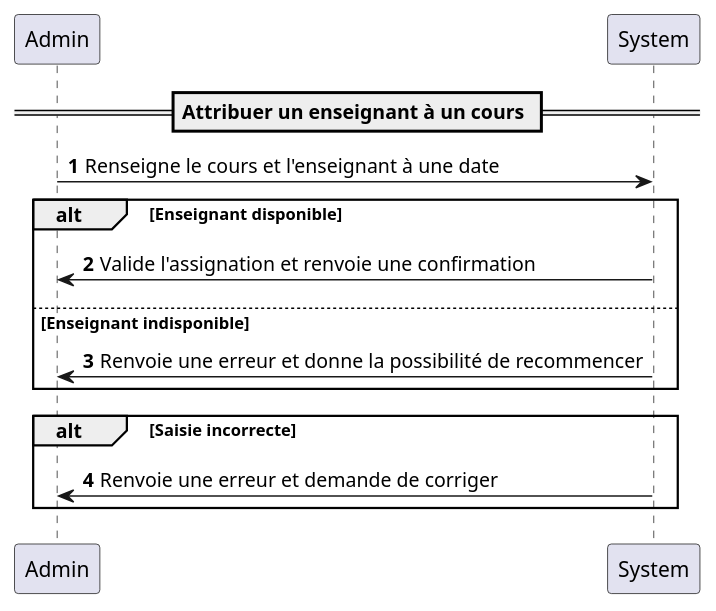
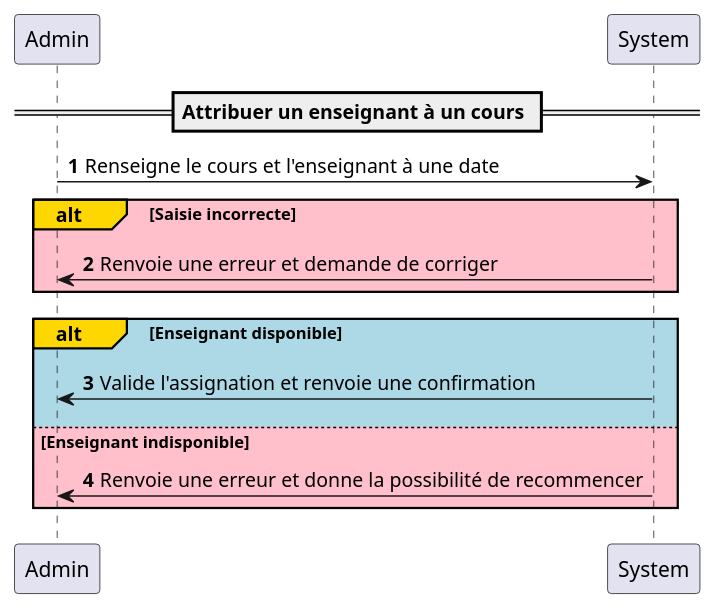
The diagram in DiagSeq-AssignerEnseignant.puml (KMorere/school_uml), drawn with PlantUML before and after one commit.

Commit message:
add colors

```diff
--- a/DiagSeq-AssignerEnseignant.puml
+++ b/DiagSeq-AssignerEnseignant.puml
@@ -1,22 +1,25 @@
 @startuml
 'https://plantuml.com/sequence-diagram
 
 autonumber
 
 !pragma teoz true
 !pragma sequenceMessageSpan true
 
 == Attribuer un enseignant à un cours ==
 
 Admin -> System: Renseigne le cours et l'enseignant à une date
-alt Enseignant disponible
+
+alt#Gold #Pink Saisie incorrecte
+    System -> Admin : Renvoie une erreur et demande de corriger
+end
+
+alt#Gold #LightBlue Enseignant disponible
     System -> Admin: Valide l'assignation et renvoie une confirmation
-else Enseignant indisponible
+else #Pink Enseignant indisponible
     System -> Admin: Renvoie une erreur et donne la possibilité de recommencer
 end
 
-alt Saisie incorrecte
-    System -> Admin : Renvoie une erreur et demande de corriger
-end
+
 
 @enduml
```
